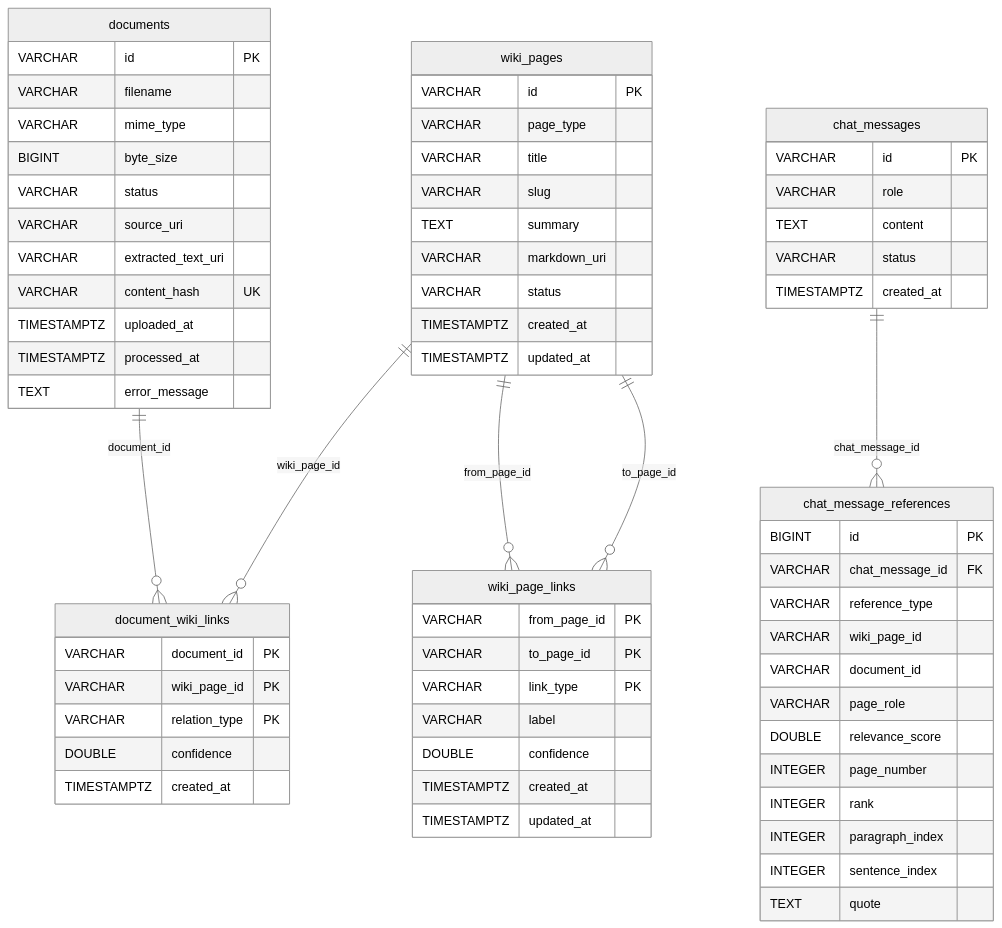
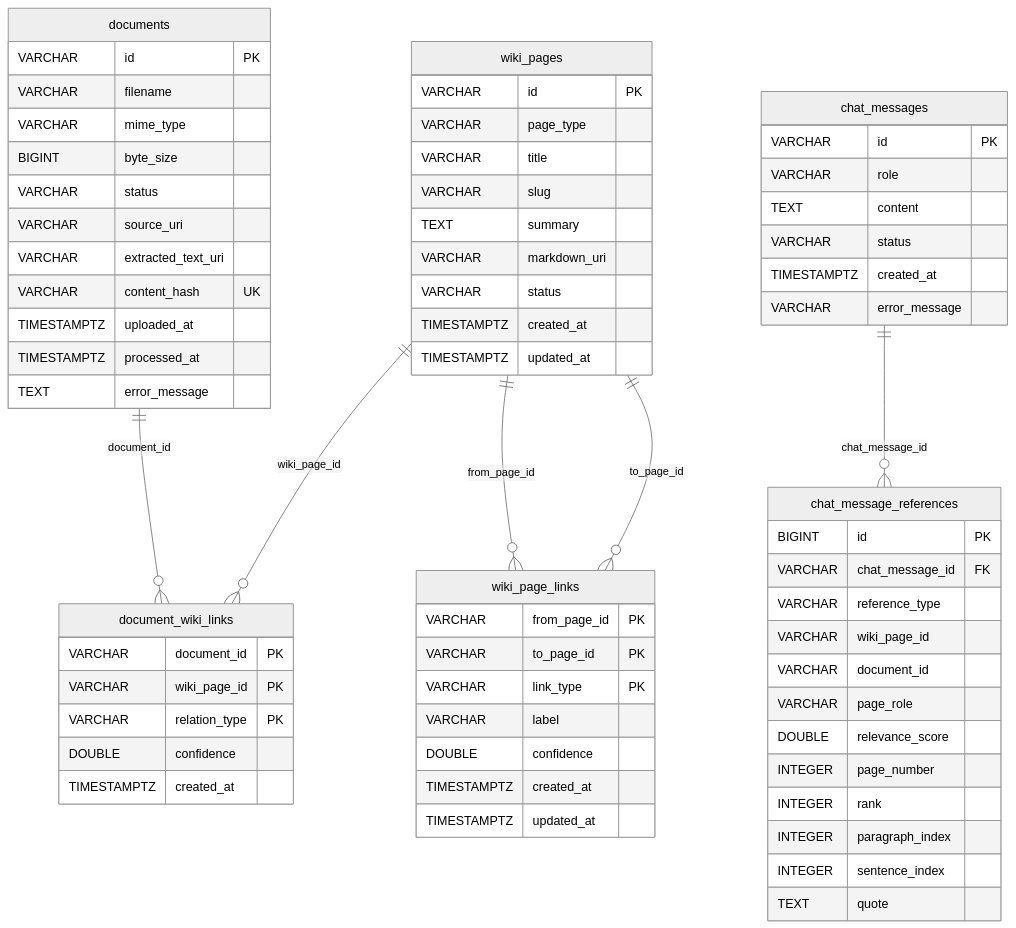
Before and after one commit to FruitionKR/local-pilot: the diagram in docs/spec/backend-mvp-erd.md, drawn with Mermaid (neutral theme). The commit also changed other lines of this file and 14 other files, not shown here.

````diff
--- a/docs/spec/backend-mvp-erd.md
+++ b/docs/spec/backend-mvp-erd.md
@@ -5,75 +5,76 @@
 ```mermaid
 erDiagram
     documents {
         VARCHAR id PK
         VARCHAR filename
         VARCHAR mime_type
         BIGINT  byte_size
         VARCHAR status
         VARCHAR source_uri
         VARCHAR extracted_text_uri
         VARCHAR content_hash UK
         TIMESTAMPTZ uploaded_at
         TIMESTAMPTZ processed_at
         TEXT    error_message
     }
 
     wiki_pages {
         VARCHAR id PK
         VARCHAR page_type
         VARCHAR title
         VARCHAR slug
         TEXT    summary
         VARCHAR markdown_uri
         VARCHAR status
         TIMESTAMPTZ created_at
         TIMESTAMPTZ updated_at
     }
 
     document_wiki_links {
         VARCHAR document_id PK
         VARCHAR wiki_page_id PK
         VARCHAR relation_type PK
         DOUBLE  confidence
         TIMESTAMPTZ created_at
     }
 
     wiki_page_links {
         VARCHAR from_page_id PK
         VARCHAR to_page_id PK
         VARCHAR link_type PK
         VARCHAR label
         DOUBLE  confidence
         TIMESTAMPTZ created_at
         TIMESTAMPTZ updated_at
     }
 
     chat_messages {
         VARCHAR id PK
         VARCHAR role
         TEXT    content
         VARCHAR status
         TIMESTAMPTZ created_at
+        VARCHAR error_message
     }
 
     chat_message_references {
         BIGINT  id PK
         VARCHAR chat_message_id FK
         VARCHAR reference_type
         VARCHAR wiki_page_id
         VARCHAR document_id
         VARCHAR page_role
         DOUBLE  relevance_score
         INTEGER page_number
         INTEGER rank
         INTEGER paragraph_index
         INTEGER sentence_index
         TEXT    quote
     }
 
     documents ||--o{ document_wiki_links : "document_id"
     wiki_pages ||--o{ document_wiki_links : "wiki_page_id"
     wiki_pages ||--o{ wiki_page_links : "from_page_id"
     wiki_pages ||--o{ wiki_page_links : "to_page_id"
     chat_messages ||--o{ chat_message_references : "chat_message_id"
 ```
````
